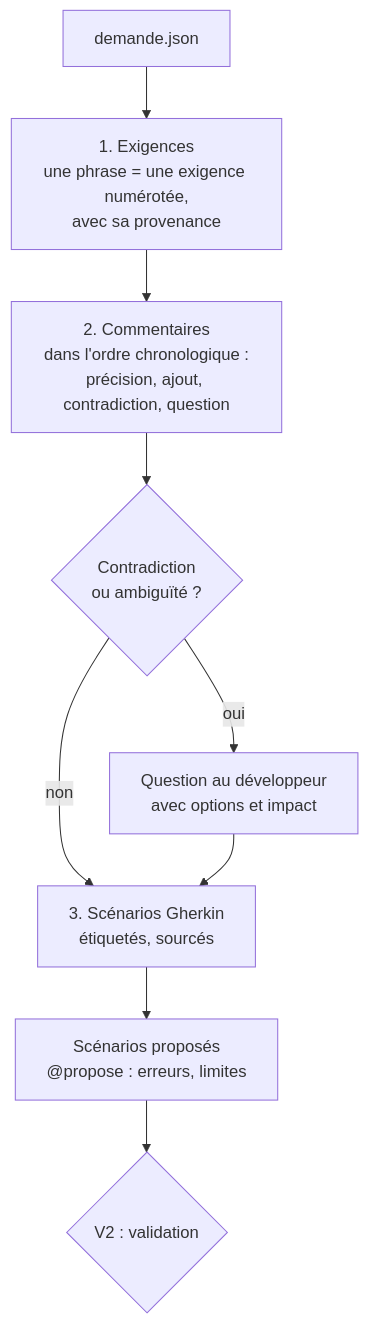
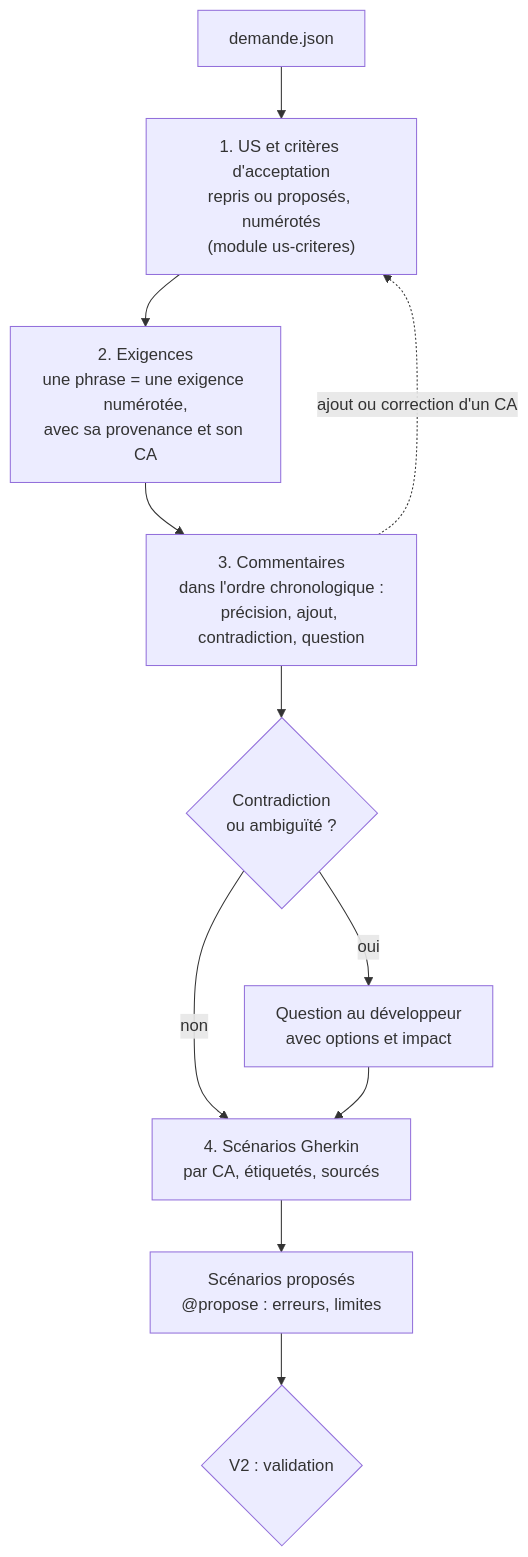
Before and after one commit to FredGarcia/Agent2Prompt: the diagram in specs/agent-tdd-jira/modules/analyse-demande/SKILL.md, drawn with Mermaid. The commit also changed other lines of this file and 12 other files, not shown here.

First line of the commit message:
spec(agent-tdd-jira): version 1.2.0, US et critères d'acceptation (D10)

````diff
--- a/specs/agent-tdd-jira/modules/analyse-demande/SKILL.md
+++ b/specs/agent-tdd-jira/modules/analyse-demande/SKILL.md
@@ -14,11 +14,13 @@
 ```mermaid
 flowchart TD
-  J["demande.json"] --> EX["1. Exigences<br/>une phrase = une exigence numérotée,<br/>avec sa provenance"]
-  EX --> CH["2. Commentaires<br/>dans l'ordre chronologique :<br/>précision, ajout, contradiction, question"]
+  J["demande.json"] --> UC["1. US et critères d'acceptation<br/>repris ou proposés, numérotés<br/>(module us-criteres)"]
+  UC --> EX["2. Exigences<br/>une phrase = une exigence numérotée,<br/>avec sa provenance et son CA"]
+  EX --> CH["3. Commentaires<br/>dans l'ordre chronologique :<br/>précision, ajout, contradiction, question"]
+  CH -.->|"ajout ou correction d'un CA"| UC
   CH --> Q{"Contradiction<br/>ou ambiguïté ?"}
   Q -->|oui| QU["Question au développeur<br/>avec options et impact"]
-  Q -->|non| SC["3. Scénarios Gherkin<br/>étiquetés, sourcés"]
+  Q -->|non| SC["4. Scénarios Gherkin<br/>par CA, étiquetés, sourcés"]
   QU --> SC
   SC --> PR["Scénarios proposés<br/>@propose : erreurs, limites"]
   PR --> V2{"V2 : validation"}
 ```
````
